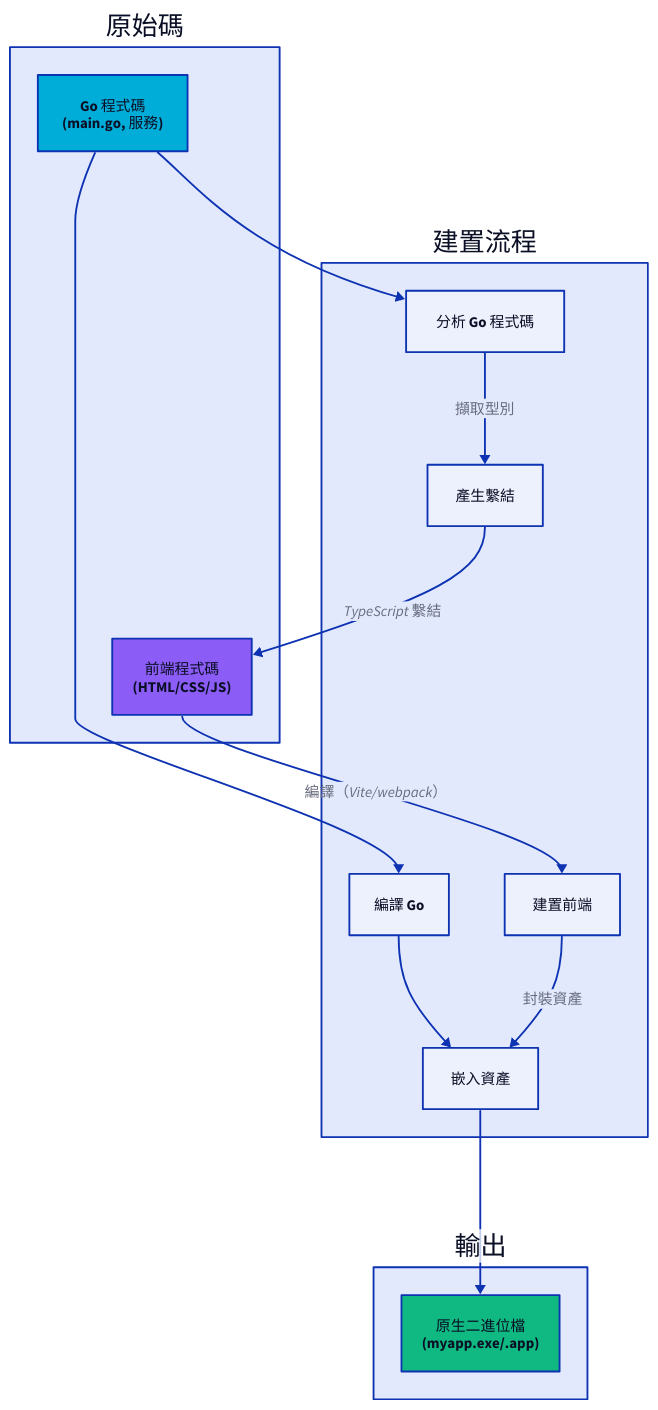
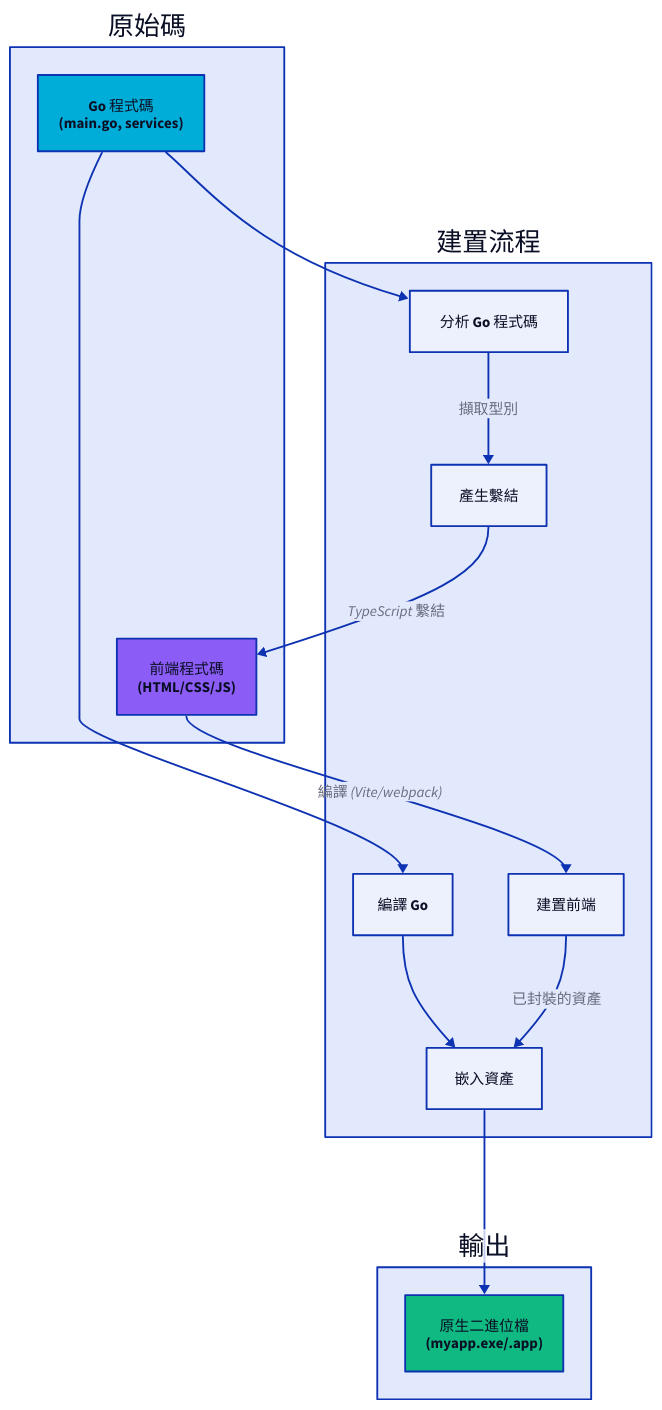
The fifth of 8 diagrams in docs/mpress/content/zh-tw/concepts/architecture.md (wailsapp/wails), drawn with D2 before and after one commit. The commit also changed other lines of this file and 1096 other files, not shown here.

````diff
--- a/docs/mpress/content/zh-tw/concepts/architecture.md
+++ b/docs/mpress/content/zh-tw/concepts/architecture.md
@@ -343,53 +343,53 @@
 ```d2
 direction: down
 
 Source: 原始碼 {
-  Go: "Go 程式碼\n(main.go, 服務)" {
+  Go: "Go 程式碼\n(main.go, services)" {
     shape: rectangle
     style.fill: "#00ADD8"
   }
 
   Frontend: "前端程式碼\n(HTML/CSS/JS)" {
     shape: rectangle
     style.fill: "#8B5CF6"
   }
 }
 
 Build: 建置流程 {
   AnalyseGo: 分析 Go 程式碼 {
     shape: rectangle
   }
 
   GenerateBindings: 產生繫結 {
     shape: rectangle
   }
 
   BuildFrontend: 建置前端 {
     shape: rectangle
   }
 
   CompileGo: 編譯 Go {
     shape: rectangle
   }
 
   Embed: 嵌入資產 {
     shape: rectangle
   }
 }
 
 Output: 輸出 {
   Binary: "原生二進位檔\n(myapp.exe/.app)" {
     shape: rectangle
     style.fill: "#10B981"
   }
 }
 
 Source.Go -> Build.AnalyseGo
 Build.AnalyseGo -> Build.GenerateBindings: 擷取型別
 Build.GenerateBindings -> Source.Frontend: TypeScript 繫結
-Source.Frontend -> Build.BuildFrontend: 編譯（Vite/webpack）
-Build.BuildFrontend -> Build.Embed: 封裝資產
+Source.Frontend -> Build.BuildFrontend: 編譯 (Vite/webpack)
+Build.BuildFrontend -> Build.Embed: 已封裝的資產
 Source.Go -> Build.CompileGo
 Build.CompileGo -> Build.Embed
 Build.Embed -> Output.Binary
 ```
````
